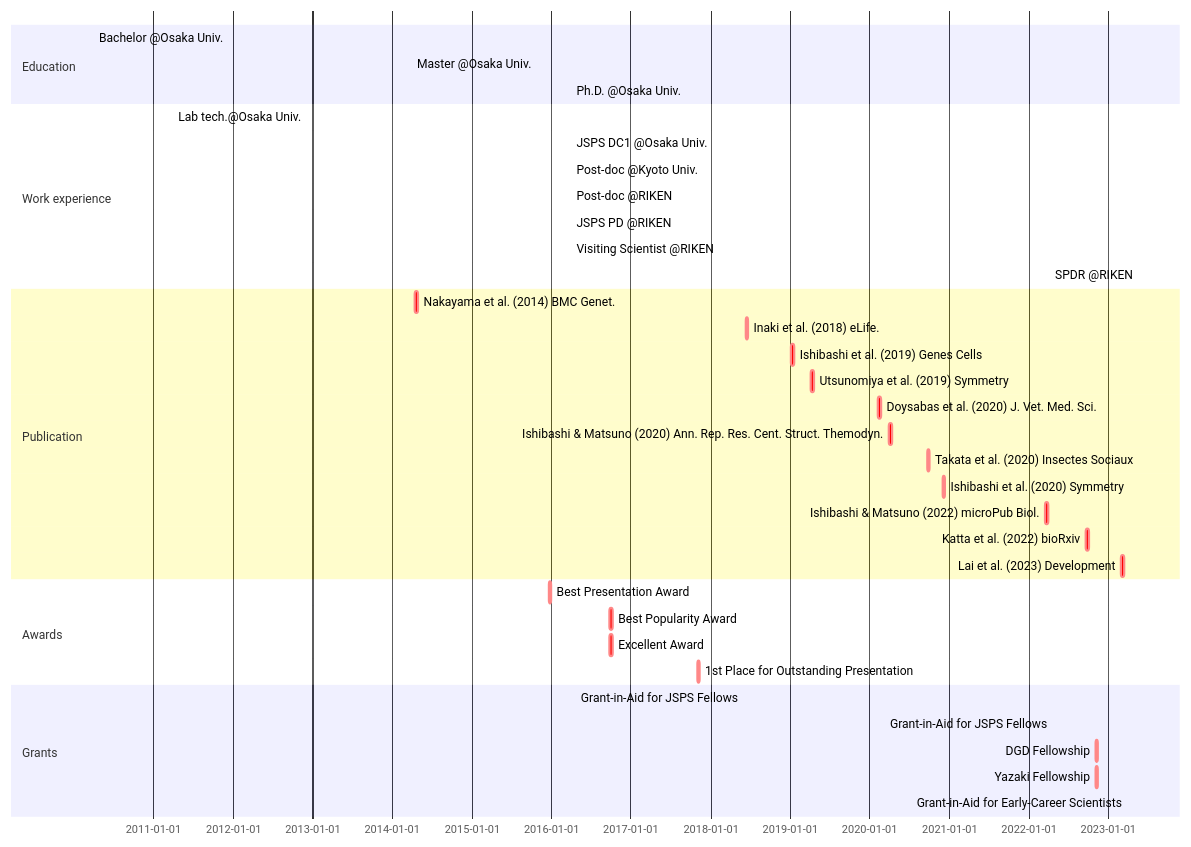
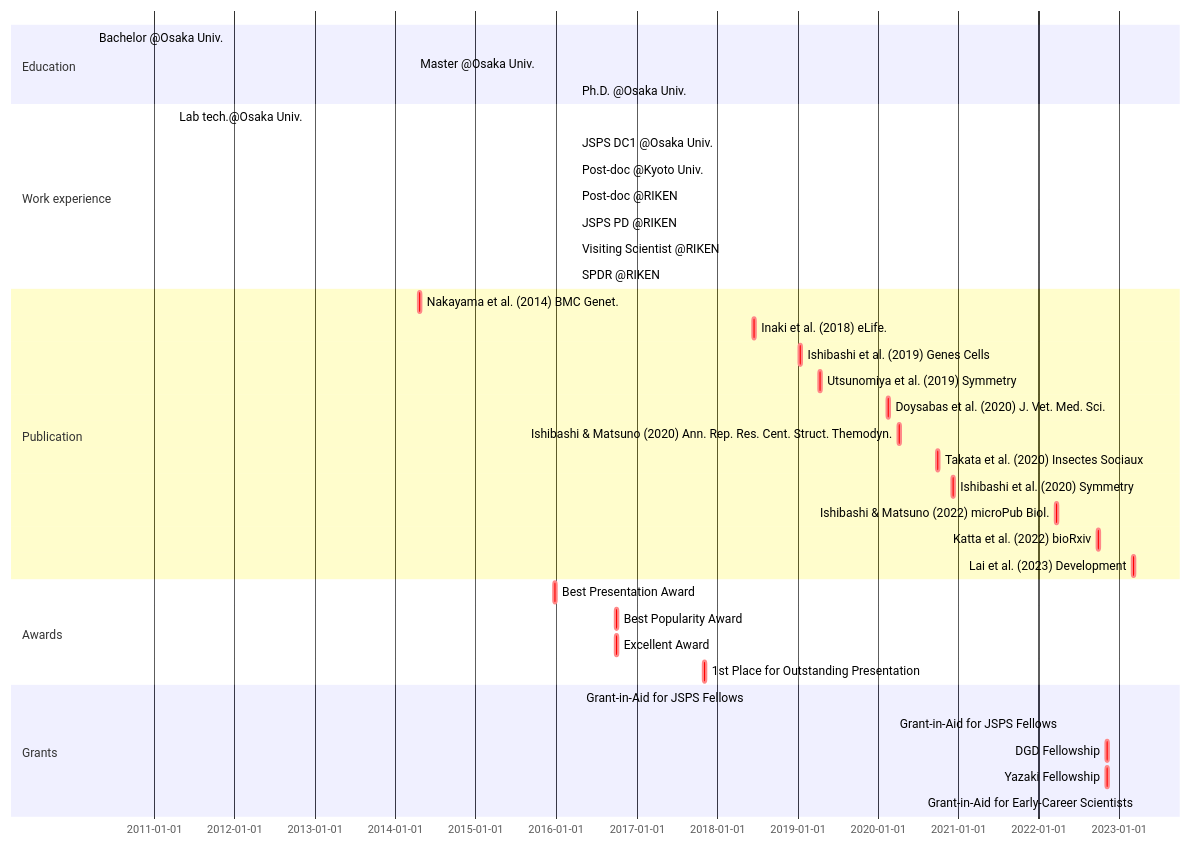
The diagram in _includes/mermaid-cv.md (ishibaki/ishibaki.github.io), drawn with Mermaid before and after one commit.

````diff
--- a/_includes/mermaid-cv.md
+++ b/_includes/mermaid-cv.md
@@ -1,38 +1,38 @@
 ```mermaid
 gantt
 section Education
   Bachelor @Osaka Univ. : BS, 2010-04-01, 2014-03-25
   Master @Osaka Univ.   : MS, 2014-04-01, 2016-03-28
   Ph.D. @Osaka Univ.    : Ph.D., 2016-04-01, 2019-03-25
 section Work experience
   Lab tech.@Osaka Univ.     : done, OU-tech, 2011-04-01, 2012-03-31
   JSPS DC1 @Osaka Univ.     : done, DC1, 2016-04-01, 2019-03-31
   Post-doc @Kyoto Univ.     : done, KU-postdoc, after DC1, 2021-04-30
   Post-doc @RIKEN           : done, RIKEN-postdoc, after KU-postdoc, 2022-03-31
   JSPS PD @RIKEN            : done, PD, after RIKEN-postdoc, 2023-03-31
   Visiting Scientist @RIKEN : done, Visit-Sci, after RIKEN-postdoc, 2023-03-31
-  SPDR @RIKEN               : active, SPDR, after VisitSci, 2026-03-31
+  SPDR @RIKEN               : active, SPDR, after PD, 2026-03-31
 section Publication
   Nakayama et al. (2014) BMC Genet.         : crit, nakayama2014, 2014-04-16, 2w
   Inaki et al. (2018) eLife.                : crit, inaki2018, 2018-06-12, 2w
   Ishibashi et al. (2019) Genes Cells       : crit, ishibashi2019, 2019-01-09, 2w
   Utsunomiya et al. (2019) Symmetry         : crit, utsunomiya2019, 2019-04-08, 2w
   Doysabas et al. (2020) J. Vet. Med. Sci.  : crit, doysabas2020, 2020-02-12, 2w
   Ishibashi & Matsuno (2020) Ann. Rep. Res. Cent. Struct. Themodyn. : crit, ishibashi2020a, 2020-04-01, 2w
   Takata et al. (2020) Insectes Sociaux     : crit, takata2020, 2020-09-22, 2w
   Ishibashi et al. (2020) Symmetry          : crit, ishibashi2020b, 2020-12-02, 2w
   Ishibashi & Matsuno (2022) microPub Biol. : crit, ishibashi2022, 2022-03-18, 2w
   Katta et al. (2022) bioRxiv               : crit, Katta2022, 2022-09-22, 2w
   Lai et al. (2023) Development             : crit, Lai2023, 2023-03-02, 2w
 section Awards
   Best Presentation Award                  : crit, aw_1, 2015-12-20, 2w
   Best Popularity Award                    : crit, aw_2, 2016-09-25, 2w
   Excellent Award                          : crit, aw_3, 2016-09-25, 2w
   1st Place for Outstanding Presentation   : crit, aw_4, 2017-11-01, 2w
 section Grants
   Grant-in-Aid for JSPS Fellows : done, grant_DC1, 2016-04-22, 2019-03-31
   Grant-in-Aid for JSPS Fellows : active, grant_PD, 2022-04-22, 2025-03-31
   DGD Fellowship:                 crit, dgd_fellowship, 2022-11-04, 2w
   Yazaki Fellowship:              crit, yazaki_fellowship, 2022-11-04, 2w
   Grant-in-Aid for Early-Career Scientists : active, grant_ecs2023, 2023-04-01, 2026-03-31
 ```
````
